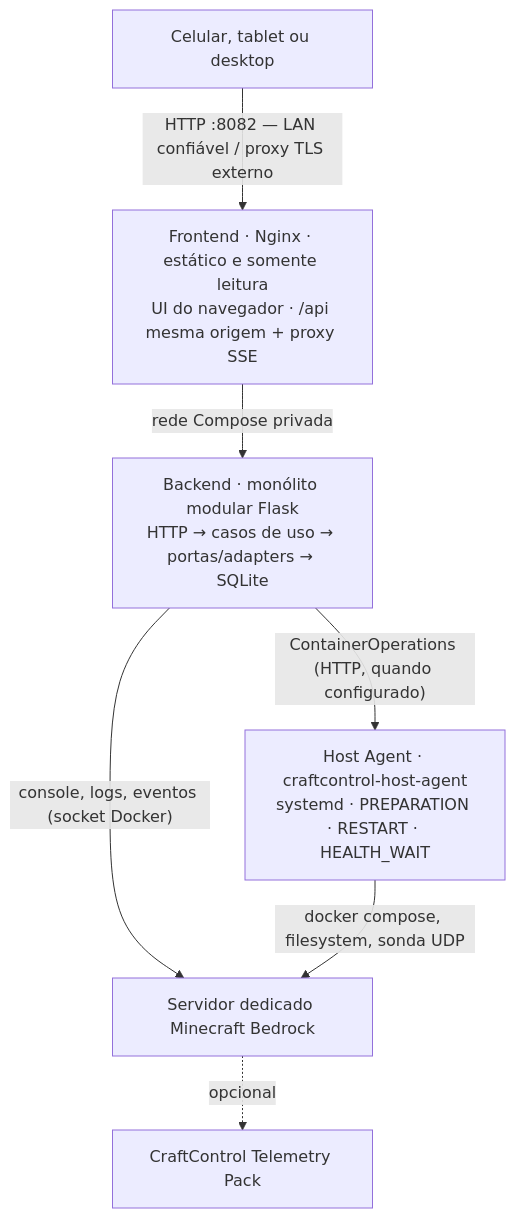
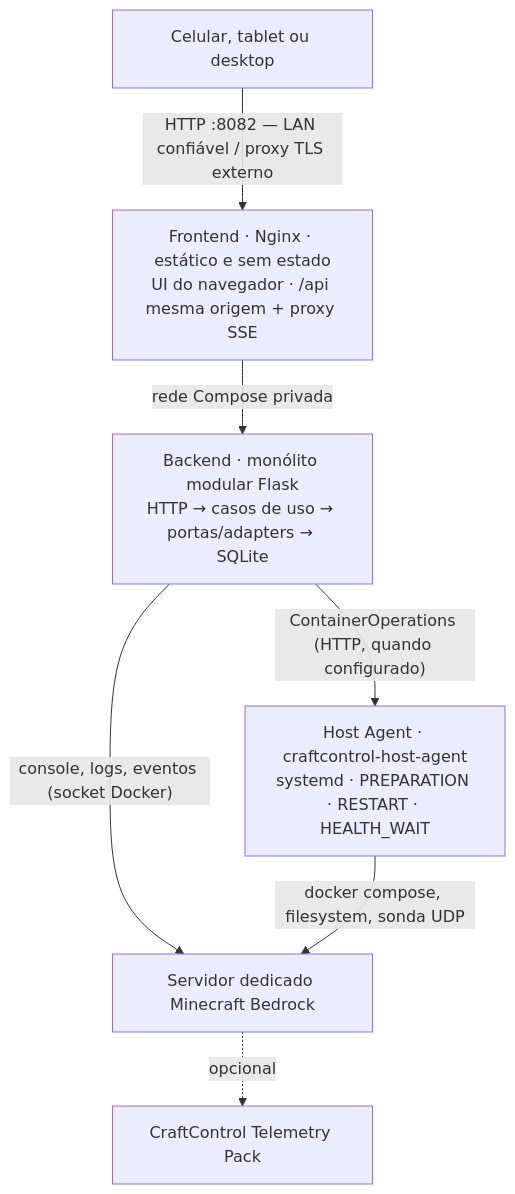
The first of 5 diagrams in README.pt-BR.md (dgaramos/craftcontrol), drawn with Mermaid before and after one commit. The commit also changed 1 other file, not shown here.

Commit message:
docs(readme): clarify frontend statelessness (#330)

````diff
--- a/README.pt-BR.md
+++ b/README.pt-BR.md
@@ -59,9 +59,9 @@
 ```mermaid
 flowchart TD
-    client["Celular, tablet ou desktop"] -->|"HTTP :8082 — LAN confiável / proxy TLS externo"| frontend["Frontend · Nginx · estático e somente leitura<br/>UI do navegador · /api mesma origem + proxy SSE"]
+    client["Celular, tablet ou desktop"] -->|"HTTP :8082 — LAN confiável / proxy TLS externo"| frontend["Frontend · Nginx · estático e sem estado<br/>UI do navegador · /api mesma origem + proxy SSE"]
     frontend -->|"rede Compose privada"| backend["Backend · monólito modular Flask<br/>HTTP → casos de uso → portas/adapters → SQLite"]
     backend -->|"console, logs, eventos (socket Docker)"| bedrock["Servidor dedicado Minecraft Bedrock"]
     backend -->|"ContainerOperations (HTTP, quando configurado)"| hostagent["Host Agent · craftcontrol-host-agent<br/>systemd · PREPARATION · RESTART · HEALTH_WAIT"]
     hostagent -->|"docker compose, filesystem, sonda UDP"| bedrock
     bedrock -. "opcional" .-> telemetry["CraftControl Telemetry Pack"]
 ```
````
